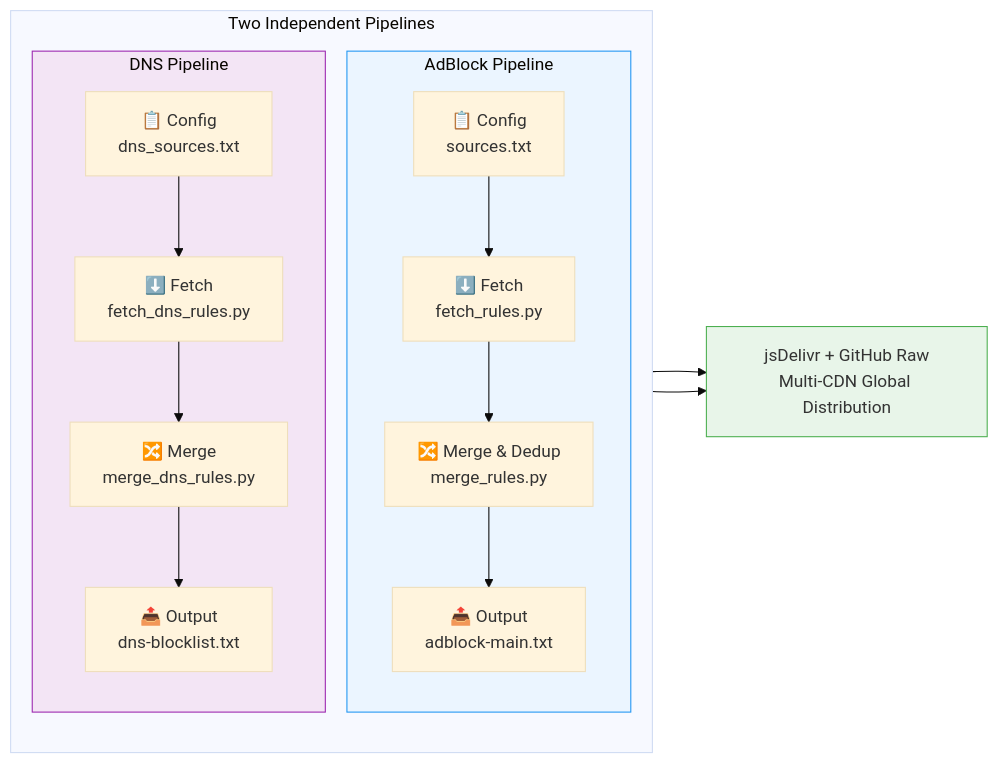
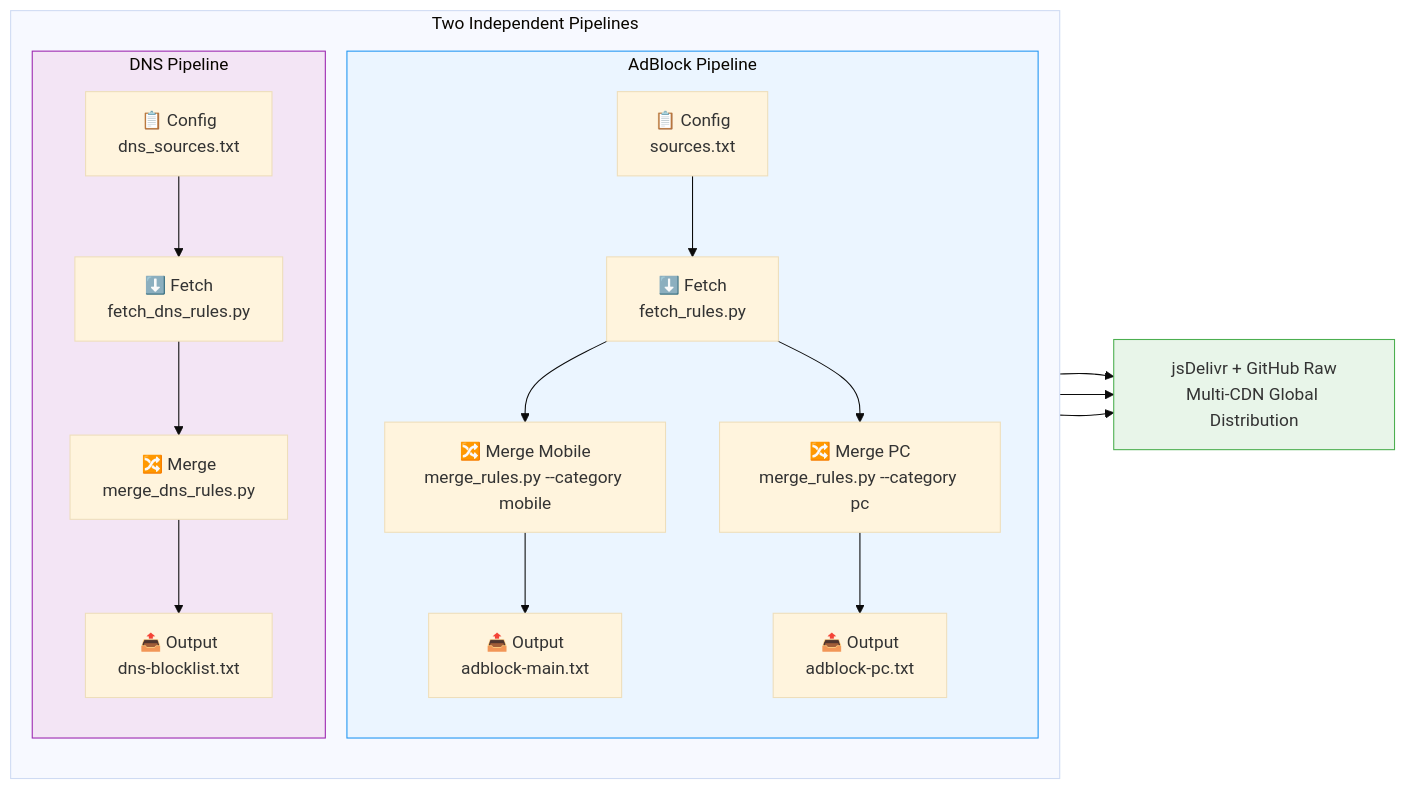
Before and after one commit to Chaniug/FilterFusion: the first of 2 diagrams in README_EN.md, drawn with Mermaid (base theme). The commit also changed other lines of this file and 8 other files, not shown here.

````diff
--- a/README_EN.md
+++ b/README_EN.md
@@ -153,22 +154,25 @@
 ```mermaid
 flowchart LR
     subgraph PIPE["Two Independent Pipelines"]
         direction TB
         subgraph AD["AdBlock Pipeline"]
             A1["📋 Config<br/>sources.txt"] --> A2["⬇️ Fetch<br/>fetch_rules.py"]
-            A2 --> A3["🔀 Merge & Dedup<br/>merge_rules.py"]
-            A3 --> A4["📤 Output<br/>adblock-main.txt"]
+            A2 --> A3a["🔀 Merge Mobile<br/>merge_rules.py --category mobile"]
+            A2 --> A3b["🔀 Merge PC<br/>merge_rules.py --category pc"]
+            A3a --> A4a["📤 Output<br/>adblock-main.txt"]
+            A3b --> A4b["📤 Output<br/>adblock-pc.txt"]
         end
         subgraph DNS["DNS Pipeline"]
             D1["📋 Config<br/>dns_sources.txt"] --> D2["⬇️ Fetch<br/>fetch_dns_rules.py"]
             D2 --> D3["🔀 Merge<br/>merge_dns_rules.py"]
             D3 --> D4["📤 Output<br/>dns-blocklist.txt"]
         end
     end
-    A4 --> CDN["jsDelivr + GitHub Raw<br/>Multi-CDN Global Distribution"]
+    A4a --> CDN["jsDelivr + GitHub Raw<br/>Multi-CDN Global Distribution"]
+    A4b --> CDN
     D4 --> CDN
 
     style AD fill:#ebf5ff,stroke:#2196f3
     style DNS fill:#f3e5f5,stroke:#9c27b0
     style CDN fill:#e8f5e9,stroke:#4caf50
 ```
````
